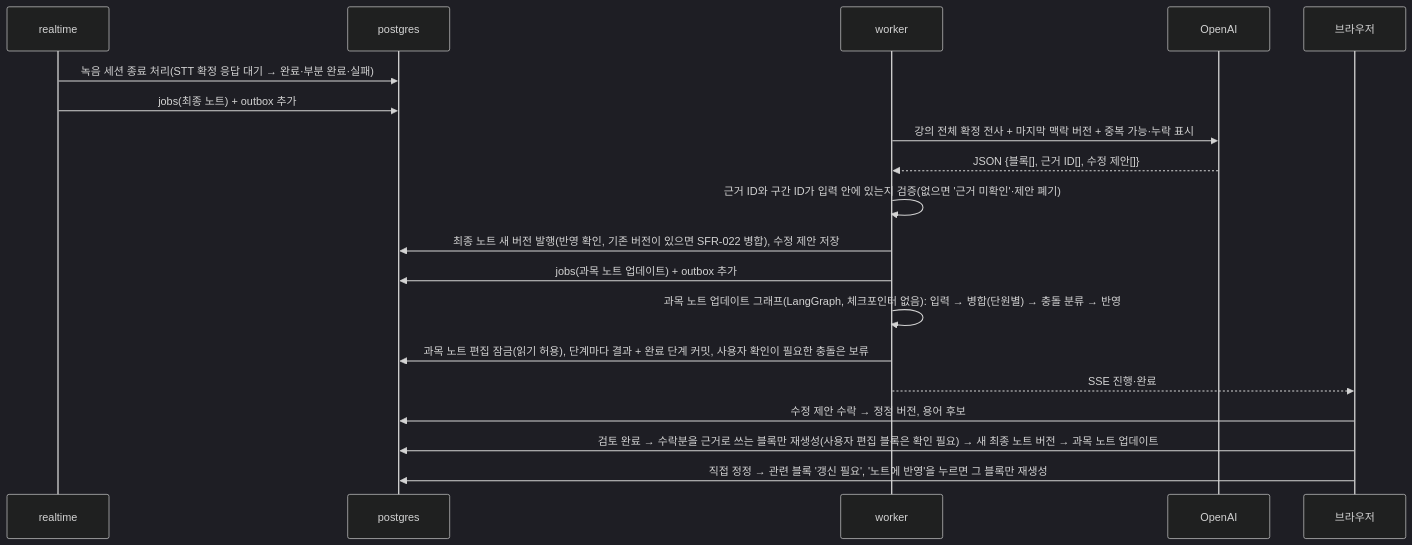
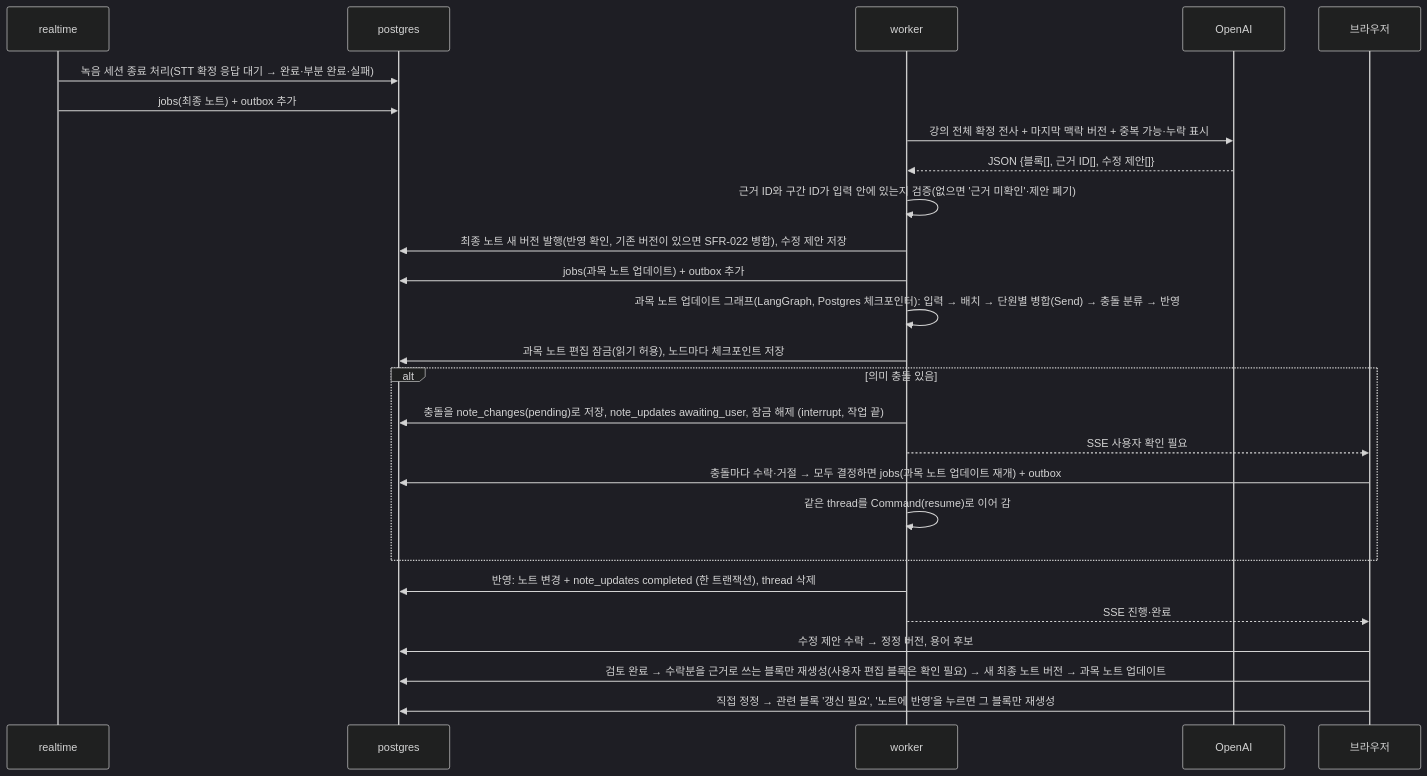
Before and after one commit to MinGyu-Kim0/notree: the sixth of 11 diagrams in docs/architecture.md, drawn with Mermaid (dark theme). The commit also changed other lines of this file and 10 other files, not shown here.

````diff
--- a/docs/architecture.md
+++ b/docs/architecture.md
@@ -170,21 +170,28 @@
 ```mermaid
 sequenceDiagram
   participant R as realtime
   participant P as postgres
   participant K as worker
   participant CL as OpenAI
   participant B as 브라우저
   R->>P: 녹음 세션 종료 처리(STT 확정 응답 대기 → 완료·부분 완료·실패)
   R->>P: jobs(최종 노트) + outbox 추가
   K->>CL: 강의 전체 확정 전사 + 마지막 맥락 버전 + 중복 가능·누락 표시
   CL-->>K: JSON {블록[], 근거 ID[], 수정 제안[]}
   K->>K: 근거 ID와 구간 ID가 입력 안에 있는지 검증(없으면 '근거 미확인'·제안 폐기)
   K->>P: 최종 노트 새 버전 발행(반영 확인, 기존 버전이 있으면 SFR-022 병합), 수정 제안 저장
   K->>P: jobs(과목 노트 업데이트) + outbox 추가
-  K->>K: 과목 노트 업데이트 그래프(LangGraph, 체크포인터 없음): 입력 → 병합(단원별) → 충돌 분류 → 반영
-  K->>P: 과목 노트 편집 잠금(읽기 허용), 단계마다 결과 + 완료 단계 커밋, 사용자 확인이 필요한 충돌은 보류
+  K->>K: 과목 노트 업데이트 그래프(LangGraph, Postgres 체크포인터): 입력 → 배치 → 단원별 병합(Send) → 충돌 분류 → 반영
+  K->>P: 과목 노트 편집 잠금(읽기 허용), 노드마다 체크포인트 저장
+  alt 의미 충돌 있음
+    K->>P: 충돌을 note_changes(pending)로 저장, note_updates awaiting_user, 잠금 해제 (interrupt, 작업 끝)
+    K-->>B: SSE 사용자 확인 필요
+    B->>P: 충돌마다 수락·거절 → 모두 결정하면 jobs(과목 노트 업데이트 재개) + outbox
+    K->>K: 같은 thread를 Command(resume)로 이어 감
+  end
+  K->>P: 반영: 노트 변경 + note_updates completed (한 트랜잭션), thread 삭제
   K-->>B: SSE 진행·완료
   B->>P: 수정 제안 수락 → 정정 버전, 용어 후보
   B->>P: 검토 완료 → 수락분을 근거로 쓰는 블록만 재생성(사용자 편집 블록은 확인 필요) → 새 최종 노트 버전 → 과목 노트 업데이트
   B->>P: 직접 정정 → 관련 블록 '갱신 필요', '노트에 반영'을 누르면 그 블록만 재생성
 ```
````
